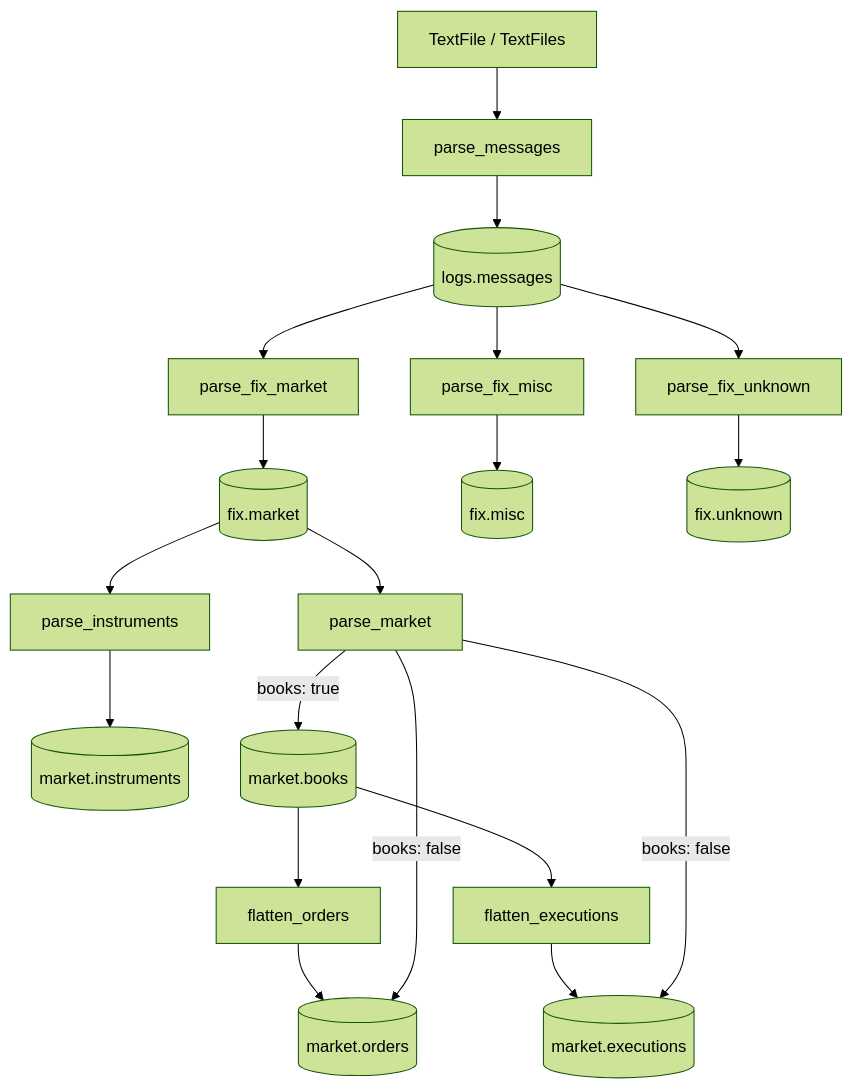
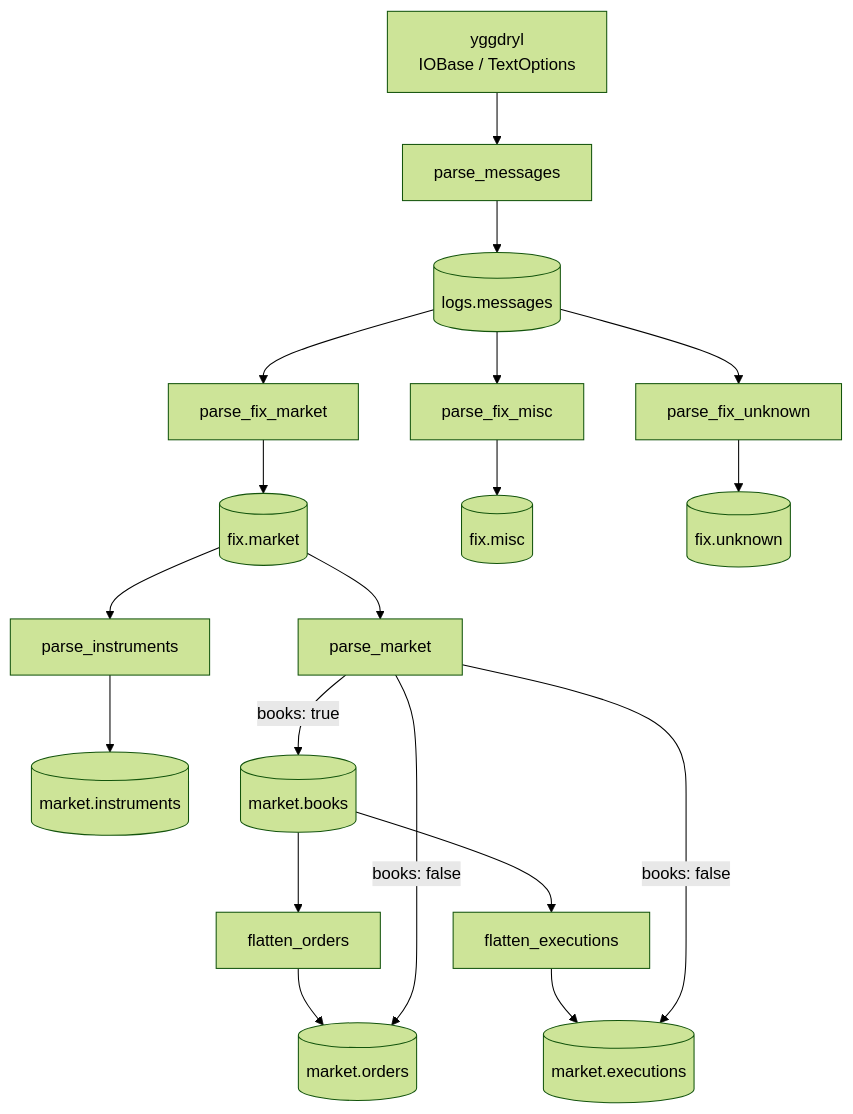
One commit to Platob/yggfin changed the diagram in docs/index.md. Above: the diagram before and after it, drawn with Mermaid (forest theme). The commit also changed other lines of this file and 1783 other files, not shown here.

````diff
--- a/docs/index.md
+++ b/docs/index.md
@@ -46,15 +46,15 @@
 ```mermaid
 flowchart TD
-    L[TextFile / TextFiles] --> PM[parse_messages]
+    L[yggdryl<br/>IOBase / TextOptions] --> PM[parse_messages]
     PM --> M[(logs.messages)]
     M --> PFM[parse_fix_market] --> FM[(fix.market)]
     M --> PFX[parse_fix_misc] --> FX[(fix.misc)]
     M --> PFU[parse_fix_unknown] --> FU[(fix.unknown)]
     FM --> PI[parse_instruments] --> I[(market.instruments)]
     FM --> PK[parse_market]
     PK -->|books: true| B[(market.books)]
     B --> FO[flatten_orders] --> O[(market.orders)]
     B --> FE[flatten_executions] --> E[(market.executions)]
     PK -->|books: false| O
     PK -->|books: false| E
 ```
````
